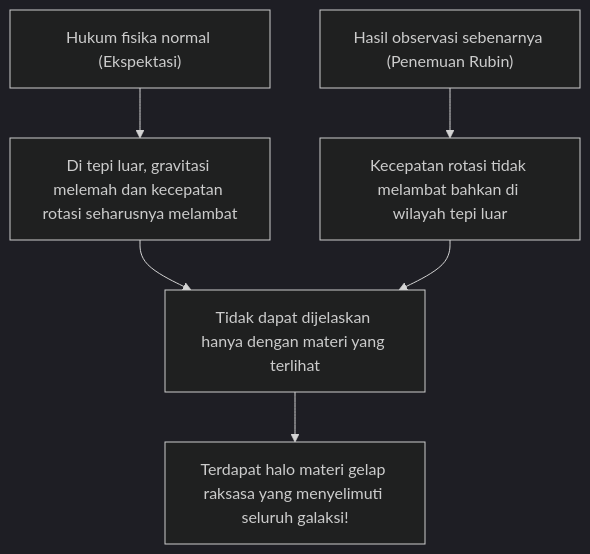
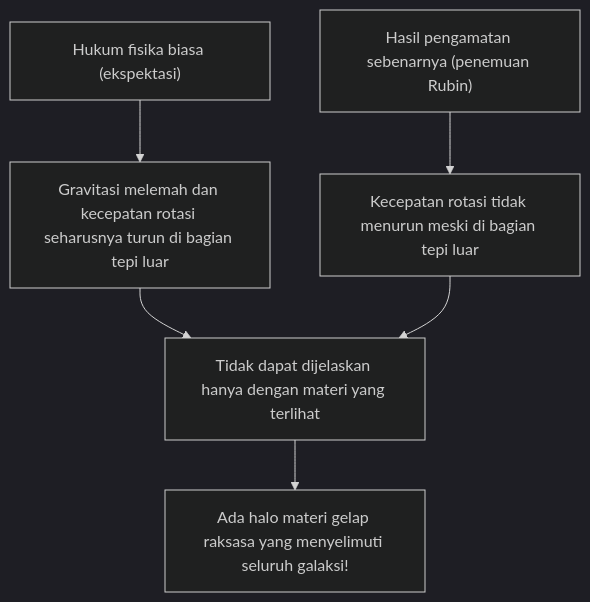
The first of 2 diagrams in content/post/dark-matter-dark-energy-mysteries/index.id.md (kenjinote/blog), drawn with Mermaid (dark theme) before and after one commit. The commit also changed other lines of this file and 12 other files, not shown here.

````diff
--- a/content/post/dark-matter-dark-energy-mysteries/index.id.md
+++ b/content/post/dark-matter-dark-energy-mysteries/index.id.md
@@ -31,8 +31,8 @@
 ```mermaid
 graph TD
-    A["Hukum fisika normal (Ekspektasi)"] --> B["Di tepi luar, gravitasi melemah dan kecepatan rotasi seharusnya melambat"]
-    C["Hasil observasi sebenarnya (Penemuan Rubin)"] --> D["Kecepatan rotasi tidak melambat bahkan di wilayah tepi luar"]
+    A["Hukum fisika biasa (ekspektasi)"] --> B["Gravitasi melemah dan kecepatan rotasi seharusnya turun di bagian tepi luar"]
+    C["Hasil pengamatan sebenarnya (penemuan Rubin)"] --> D["Kecepatan rotasi tidak menurun meski di bagian tepi luar"]
     B --> E["Tidak dapat dijelaskan hanya dengan materi yang terlihat"]
     D --> E
-    E --> F["Terdapat halo materi gelap raksasa yang menyelimuti seluruh galaksi!"]
+    E --> F["Ada halo materi gelap raksasa yang menyelimuti seluruh galaksi!"]
 ```
````
